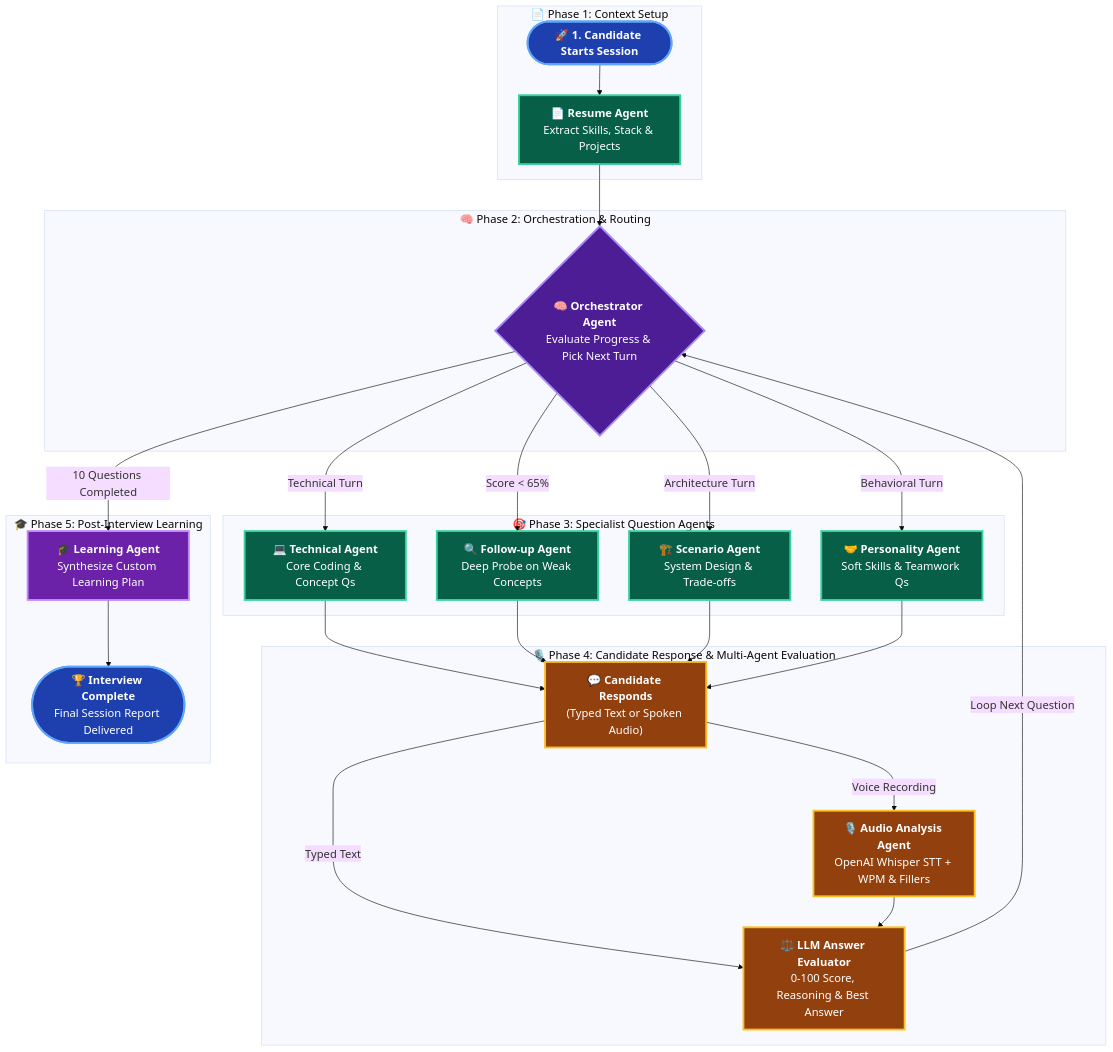
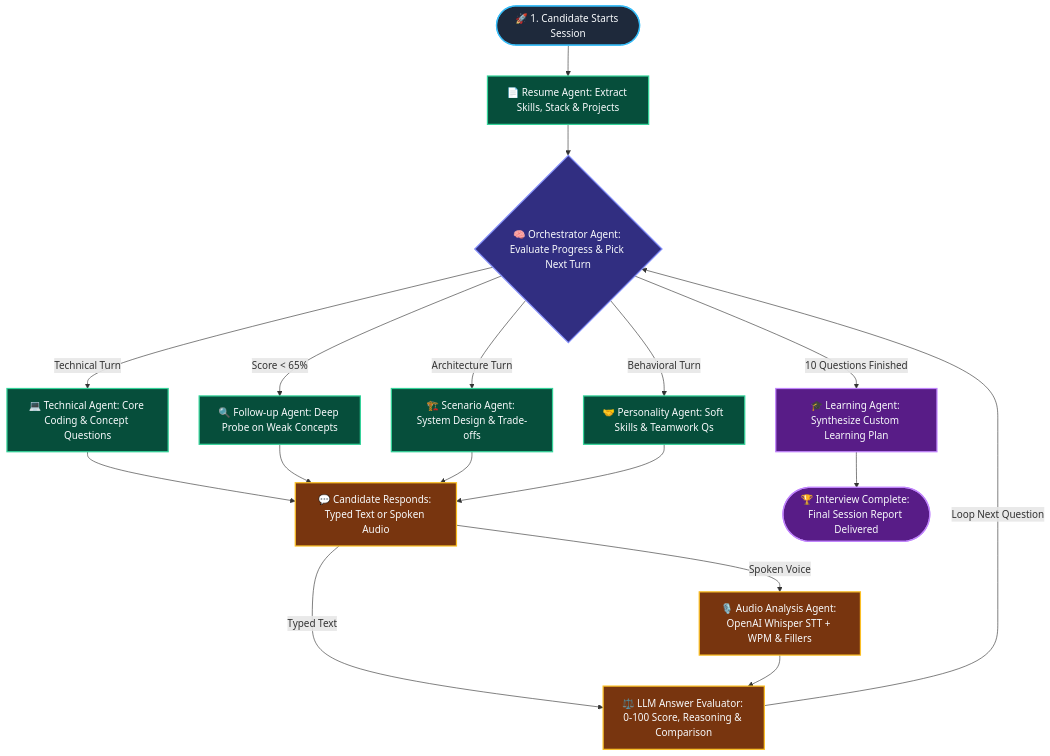
The diagram in README.md (ShubhamPandey020525/Interview_Coach), drawn with Mermaid before and after one commit. The commit also changed other lines of this file, not shown here.

Commit message:
docs: standardize Mermaid flowchart styling into clean uniform dark nodes with high-contrast borders

````diff
--- a/README.md
+++ b/README.md
@@ -47,45 +47,34 @@
 ```mermaid
-%%{init: {'theme': 'base', 'themeVariables': { 'fontSize': '18px', 'fontFamily': 'system-ui, sans-serif'}}}%%
 flowchart TD
-    subgraph Phase1["📄 Phase 1: Context Setup"]
-        Start(["<b>🚀 1. Candidate Starts Session</b>"]) --> Resume["<b>📄 Resume Agent</b><br>Extract Skills, Stack & Projects"]
-    end
+    Start(["🚀 1. Candidate Starts Session"]) --> Resume["📄 Resume Agent: Extract Skills, Stack & Projects"]
+    Resume --> Orch{"🧠 Orchestrator Agent: Evaluate Progress & Pick Next Turn"}
 
-    subgraph Phase2["🧠 Phase 2: Orchestration & Routing"]
-        Resume --> Orch{"<b>🧠 Orchestrator Agent</b><br>Evaluate Progress & Pick Next Turn"}
-    end
+    Orch -->|"Technical Turn"| Tech["💻 Technical Agent: Core Coding & Concept Questions"]
+    Orch -->|"Score < 65%"| Followup["🔍 Follow-up Agent: Deep Probe on Weak Concepts"]
+    Orch -->|"Architecture Turn"| Scenario["🏗️ Scenario Agent: System Design & Trade-offs"]
+    Orch -->|"Behavioral Turn"| Personality["🤝 Personality Agent: Soft Skills & Teamwork Qs"]
 
-    subgraph Phase3["🎯 Phase 3: Specialist Question Agents"]
-        Orch -->|"Technical Turn"| Tech["<b>💻 Technical Agent</b><br>Core Coding & Concept Qs"]
-        Orch -->|"Score < 65%"| Followup["<b>🔍 Follow-up Agent</b><br>Deep Probe on Weak Concepts"]
-        Orch -->|"Architecture Turn"| Scenario["<b>🏗️ Scenario Agent</b><br>System Design & Trade-offs"]
-        Orch -->|"Behavioral Turn"| Personality["<b>🤝 Personality Agent</b><br>Soft Skills & Teamwork Qs"]
-    end
-
-    subgraph Phase4["🎙️ Phase 4: Candidate Response & Multi-Agent Evaluation"]
-        Tech & Followup & Scenario & Personality --> CandidateAnswer["<b>💬 Candidate Responds</b><br>(Typed Text or Spoken Audio)"]
-        CandidateAnswer -->|"Voice Recording"| AudioAgent["<b>🎙️ Audio Analysis Agent</b><br>OpenAI Whisper STT + WPM & Fillers"]
-        CandidateAnswer -->|"Typed Text"| LLMEval["<b>⚖️ LLM Answer Evaluator</b><br>0-100 Score, Reasoning & Best Answer"]
-        AudioAgent --> LLMEval
-    end
-
-    subgraph Phase5["🎓 Phase 5: Post-Interview Learning"]
-        Orch -->|"10 Questions Completed"| Learning["<b>🎓 Learning Agent</b><br>Synthesize Custom Learning Plan"]
-        Learning --> Complete(["<b>🏆 Interview Complete</b><br>Final Session Report Delivered"])
-    end
+    Tech & Followup & Scenario & Personality --> CandidateAnswer["💬 Candidate Responds: Typed Text or Spoken Audio"]
+    
+    CandidateAnswer -->|"Spoken Voice"| AudioAgent["🎙️ Audio Analysis Agent: OpenAI Whisper STT + WPM & Fillers"]
+    CandidateAnswer -->|"Typed Text"| LLMEval["⚖️ LLM Answer Evaluator: 0-100 Score, Reasoning & Comparison"]
+    AudioAgent --> LLMEval
 
     LLMEval -->|"Loop Next Question"| Orch
 
-    %% Modern High-Legibility Styling
-    classDef startStyle fill:#1e40af,stroke:#60a5fa,stroke-width:3px,color:#ffffff,font-size:18px;
-    classDef orchStyle fill:#4c1d95,stroke:#a78bfa,stroke-width:3px,color:#ffffff,font-size:18px;
-    classDef agentStyle fill:#065f46,stroke:#34d399,stroke-width:3px,color:#ffffff,font-size:18px;
-    classDef evalStyle fill:#92400e,stroke:#fbbf24,stroke-width:3px,color:#ffffff,font-size:18px;
-    classDef learnStyle fill:#6b21a8,stroke:#c084fc,stroke-width:3px,color:#ffffff,font-size:18px;
+    Orch -->|"10 Questions Finished"| Learning["🎓 Learning Agent: Synthesize Custom Learning Plan"]
+    Learning --> Complete(["🏆 Interview Complete: Final Session Report Delivered"])
 
-    class Start,Complete startStyle;
-    class Orch orchStyle;
-    class Resume,Tech,Followup,Scenario,Personality agentStyle;
-    class CandidateAnswer,AudioAgent,LLMEval evalStyle;
-    class Learning learnStyle;
+    %% Clean Uniform High-Legibility Styling
+    classDef mainNode fill:#1e293b,stroke:#38bdf8,stroke-width:2px,color:#f8fafc,font-size:16px;
+    classDef orchNode fill:#312e81,stroke:#818cf8,stroke-width:2px,color:#f8fafc,font-size:16px;
+    classDef agentNode fill:#064e3b,stroke:#34d399,stroke-width:2px,color:#f8fafc,font-size:16px;
+    classDef evalNode fill:#78350f,stroke:#fbbf24,stroke-width:2px,color:#f8fafc,font-size:16px;
+    classDef finalNode fill:#581c87,stroke:#c084fc,stroke-width:2px,color:#f8fafc,font-size:16px;
+
+    class Start mainNode;
+    class Orch orchNode;
+    class Resume,Tech,Followup,Scenario,Personality agentNode;
+    class CandidateAnswer,AudioAgent,LLMEval evalNode;
+    class Learning,Complete finalNode;
 ```
````
